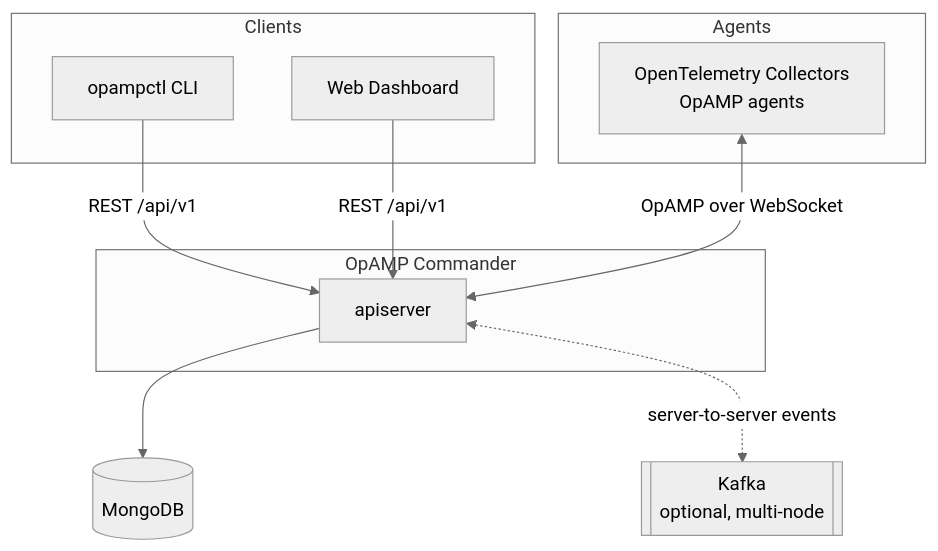
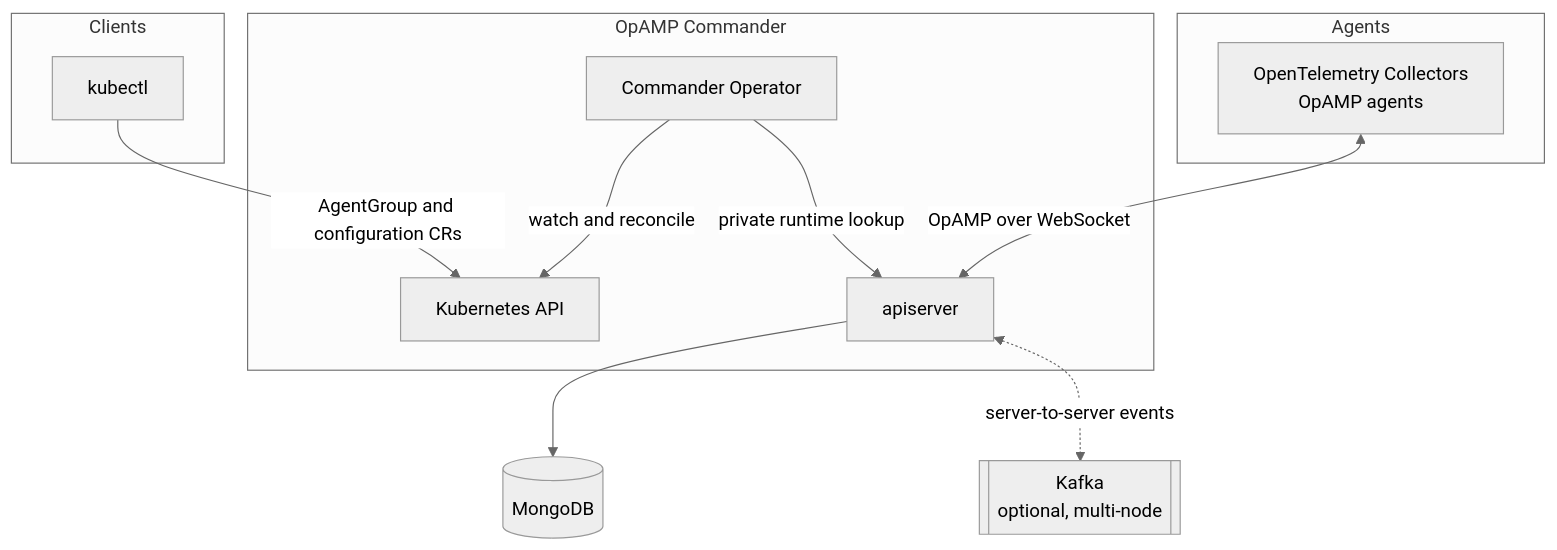
Before and after one commit to minuk-dev/opampcommander: the diagram in README.md, drawn with Mermaid (neutral theme). The commit also changed other lines of this file and 188 other files, not shown here.

````diff
--- a/README.md
+++ b/README.md
@@ -27,21 +28,23 @@
 ```mermaid
 graph TB
     subgraph Clients
-        CLI[opampctl CLI]
-        Web[Web Dashboard]
+        CLI[kubectl]
     end
     subgraph Agents
         Agent[OpenTelemetry Collectors<br/>OpAMP agents]
     end
     subgraph Server[OpAMP Commander]
+        K8s[Kubernetes API]
+        Operator[Commander Operator]
         API[apiserver]
     end
     DB[(MongoDB)]
     MQ[[Kafka<br/>optional, multi-node]]
 
-    CLI -->|REST /api/v1| API
-    Web -->|REST /api/v1| API
+    CLI -->|AgentGroup and configuration CRs| K8s
+    Operator -->|watch and reconcile| K8s
+    Operator -->|private runtime lookup| API
     Agent <-->|OpAMP over WebSocket| API
     API --> DB
     API <-.->|server-to-server events| MQ
 ```
````
